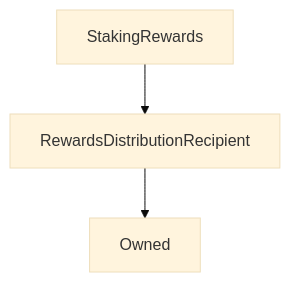
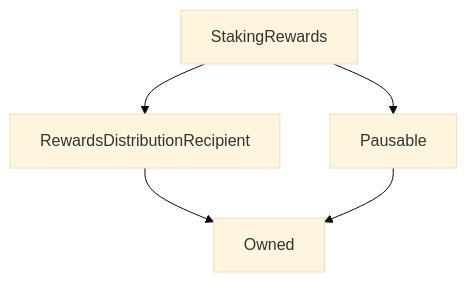
The diagram in content/contracts/source/contracts/StakingRewards.md (Synthetixio/synthetix-docs), drawn with Mermaid (base theme) before and after one commit. The commit also changed other lines of this file and 70 other files, not shown here.

````diff
--- a/content/contracts/source/contracts/StakingRewards.md
+++ b/content/contracts/source/contracts/StakingRewards.md
@@ -16,6 +16,8 @@
 ```mermaid
 graph TD
     StakingRewards[StakingRewards] --> RewardsDistributionRecipient[RewardsDistributionRecipient]
+    StakingRewards[StakingRewards] --> Pausable[Pausable]
     RewardsDistributionRecipient[RewardsDistributionRecipient] --> Owned[Owned]
+    Pausable[Pausable] --> Owned[Owned]
 
 ```
````
